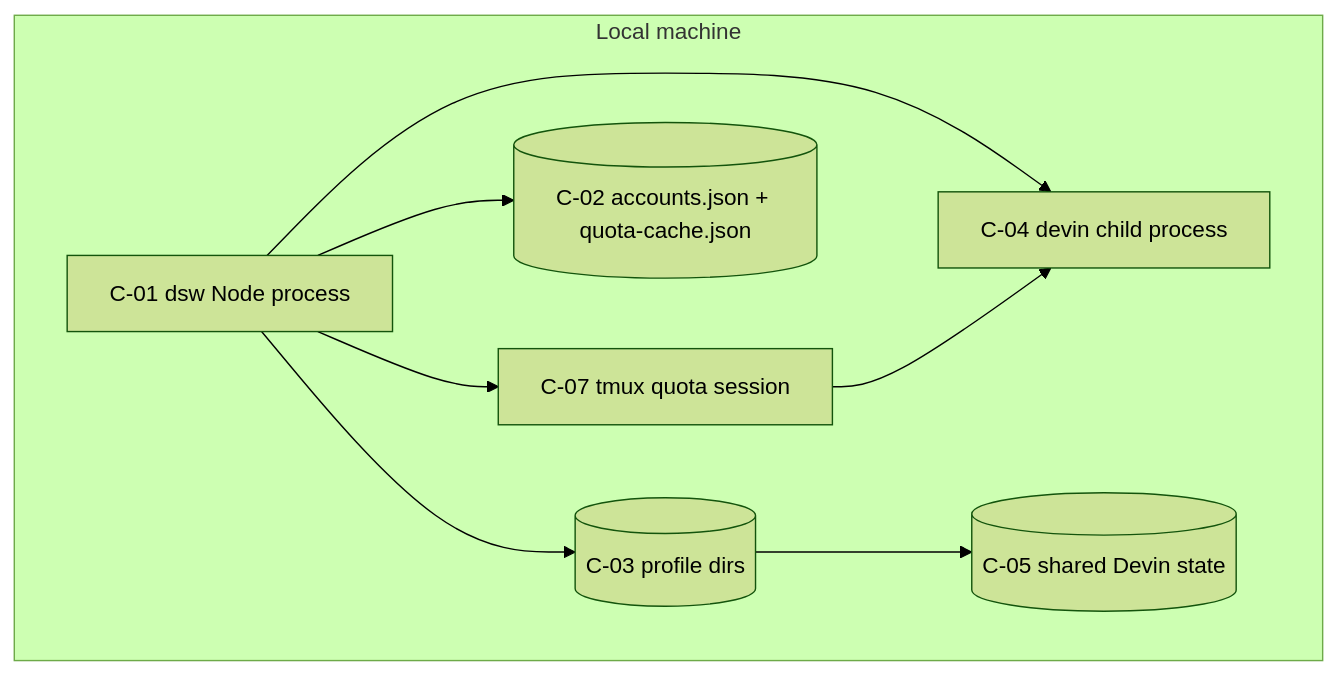
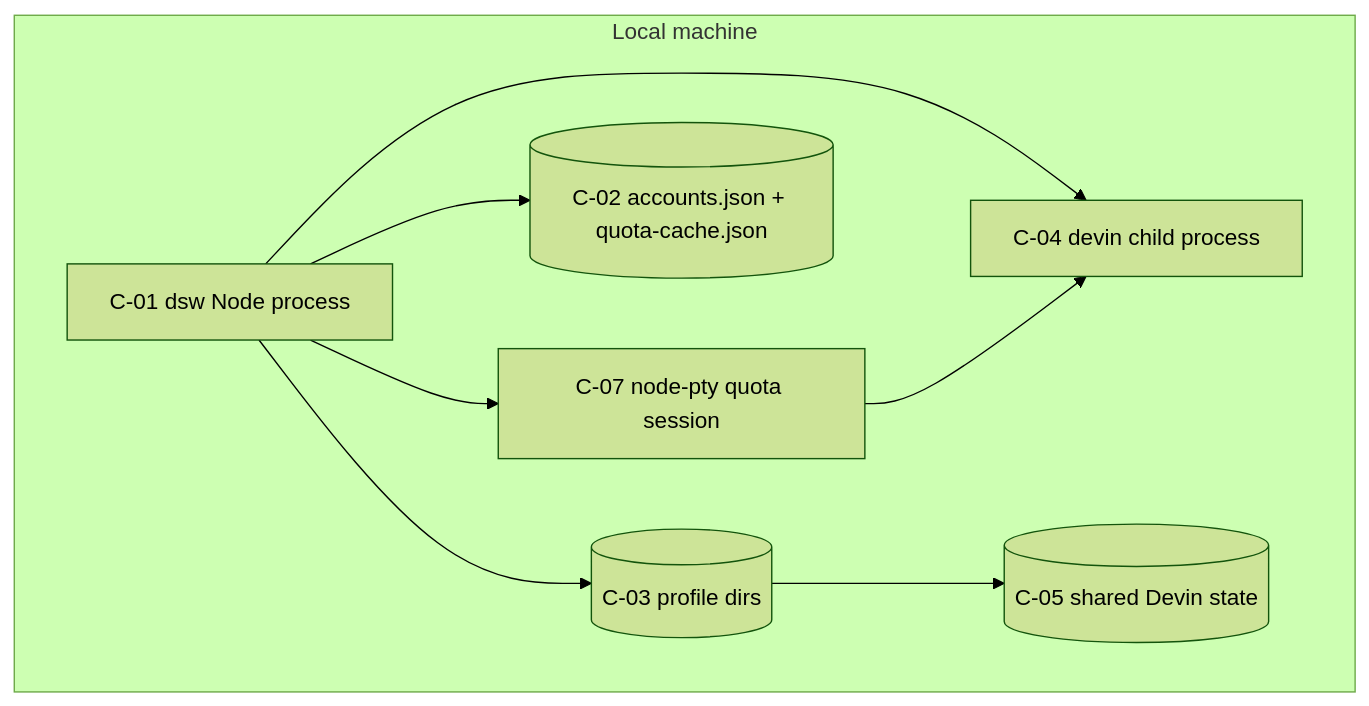
One commit to itsddvn/dws changed the sixth of 6 diagrams in docs/ARCHITECTURE.md. Above: the diagram before and after it, drawn with Mermaid (forest theme). The commit also changed other lines of this file and 46 other files, not shown here.

First line of the commit message:
feat(cli): add node-pty auto rotate

````diff
--- a/docs/ARCHITECTURE.md
+++ b/docs/ARCHITECTURE.md
@@ -254,17 +254,17 @@
 ```mermaid
 flowchart TB
     subgraph Host["Local machine"]
         dsw[C-01 dsw Node process]
         devin[C-04 devin child process]
-        tmux[C-07 tmux quota session]
+        node-pty[C-07 node-pty quota session]
         store[(C-02 accounts.json + quota-cache.json)]
         profiles[(C-03 profile dirs)]
         shared[(C-05 shared Devin state)]
     end
     dsw --> devin
-    dsw --> tmux
-    tmux --> devin
+    dsw --> node-pty
+    node-pty --> devin
     dsw --> store
     dsw --> profiles
     profiles --> shared
 ```
````
